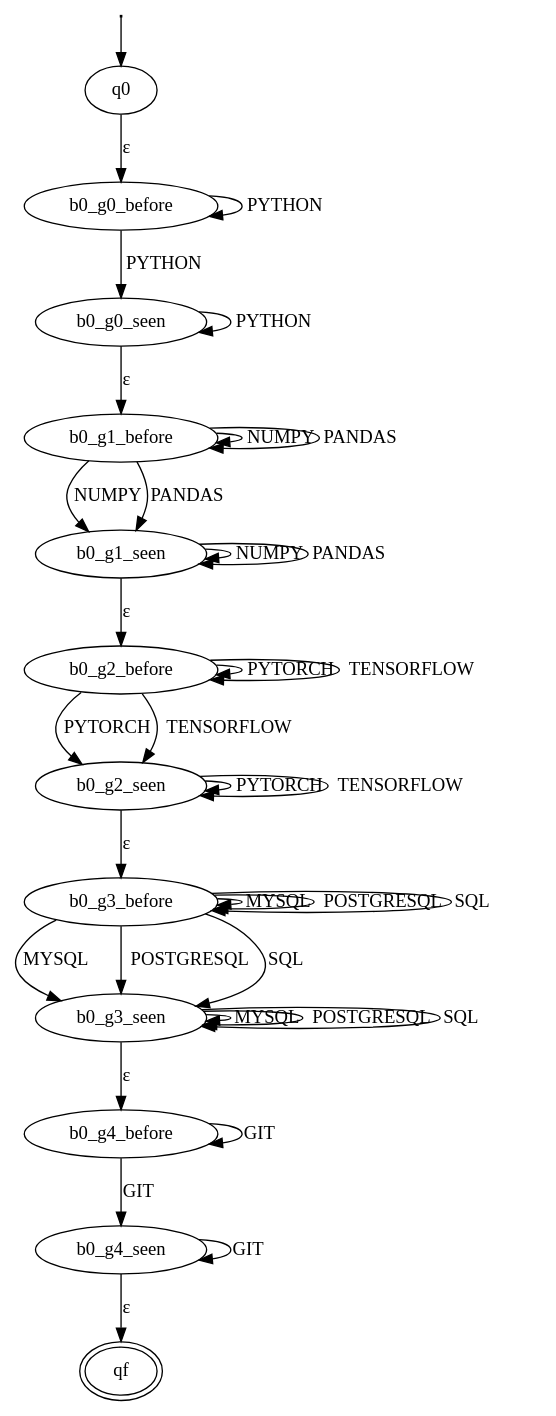
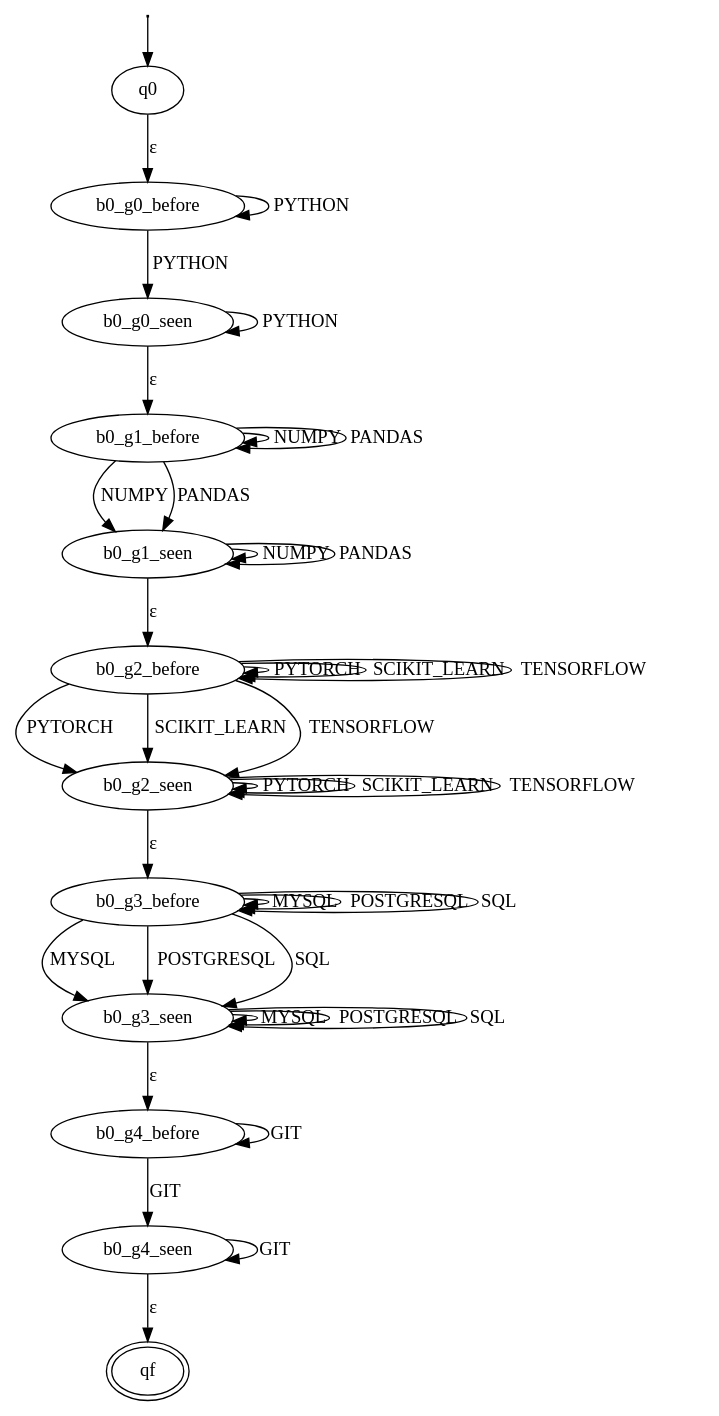
Before and after one commit to ValentinaM31/IntegrativeTask1_ResumeLens: the diagram in docs/automata/MACHINE_LEARNING_ENGINEER.dot, drawn with Graphviz. The commit also changed 59 other files, not shown here.

```diff
--- a/docs/automata/MACHINE_LEARNING_ENGINEER.dot
+++ b/docs/automata/MACHINE_LEARNING_ENGINEER.dot
@@ -1,49 +1,52 @@
 digraph {
-qf [is_start=False, is_final=True, peripheries=2, label=qf];
-b0_g0_before [is_start=False, is_final=False, peripheries=1, label="b0_g0_before"];
-b0_g3_seen [is_start=False, is_final=False, peripheries=1, label="b0_g3_seen"];
-b0_g1_seen [is_start=False, is_final=False, peripheries=1, label="b0_g1_seen"];
-b0_g4_before [is_start=False, is_final=False, peripheries=1, label="b0_g4_before"];
-b0_g2_seen [is_start=False, is_final=False, peripheries=1, label="b0_g2_seen"];
 b0_g2_before [is_start=False, is_final=False, peripheries=1, label="b0_g2_before"];
 b0_g3_before [is_start=False, is_final=False, peripheries=1, label="b0_g3_before"];
-b0_g1_before [is_start=False, is_final=False, peripheries=1, label="b0_g1_before"];
+b0_g4_seen [is_start=False, is_final=False, peripheries=1, label="b0_g4_seen"];
 b0_g0_seen [is_start=False, is_final=False, peripheries=1, label="b0_g0_seen"];
+b0_g3_seen [is_start=False, is_final=False, peripheries=1, label="b0_g3_seen"];
+b0_g0_before [is_start=False, is_final=False, peripheries=1, label="b0_g0_before"];
+b0_g1_seen [is_start=False, is_final=False, peripheries=1, label="b0_g1_seen"];
+qf [is_start=False, is_final=True, peripheries=2, label=qf];
+b0_g2_seen [is_start=False, is_final=False, peripheries=1, label="b0_g2_seen"];
 q0 [is_start=True, is_final=False, peripheries=1, label=q0];
 starting_q0 [label="", shape=None, height=0.0, width=0.0];
-b0_g4_seen [is_start=False, is_final=False, peripheries=1, label="b0_g4_seen"];
-b0_g0_before -> b0_g0_before [key=0, label=PYTHON];
-b0_g0_before -> b0_g0_seen [key=0, label=PYTHON];
-b0_g3_seen -> b0_g3_seen [key=0, label=MYSQL];
-b0_g3_seen -> b0_g3_seen [key=1, label=POSTGRESQL];
-b0_g3_seen -> b0_g3_seen [key=2, label=SQL];
-b0_g3_seen -> b0_g4_before [key=0, label=ɛ];
-b0_g1_seen -> b0_g1_seen [key=0, label=NUMPY];
-b0_g1_seen -> b0_g1_seen [key=1, label=PANDAS];
-b0_g1_seen -> b0_g2_before [key=0, label=ɛ];
-b0_g4_before -> b0_g4_before [key=0, label=GIT];
-b0_g4_before -> b0_g4_seen [key=0, label=GIT];
-b0_g2_seen -> b0_g2_seen [key=0, label=PYTORCH];
-b0_g2_seen -> b0_g2_seen [key=1, label=TENSORFLOW];
-b0_g2_seen -> b0_g3_before [key=0, label=ɛ];
+b0_g4_before [is_start=False, is_final=False, peripheries=1, label="b0_g4_before"];
+b0_g1_before [is_start=False, is_final=False, peripheries=1, label="b0_g1_before"];
 b0_g2_before -> b0_g2_seen [key=0, label=PYTORCH];
-b0_g2_before -> b0_g2_seen [key=1, label=TENSORFLOW];
+b0_g2_before -> b0_g2_seen [key=1, label="SCIKIT_LEARN"];
+b0_g2_before -> b0_g2_seen [key=2, label=TENSORFLOW];
 b0_g2_before -> b0_g2_before [key=0, label=PYTORCH];
-b0_g2_before -> b0_g2_before [key=1, label=TENSORFLOW];
+b0_g2_before -> b0_g2_before [key=1, label="SCIKIT_LEARN"];
+b0_g2_before -> b0_g2_before [key=2, label=TENSORFLOW];
 b0_g3_before -> b0_g3_before [key=0, label=MYSQL];
 b0_g3_before -> b0_g3_before [key=1, label=POSTGRESQL];
 b0_g3_before -> b0_g3_before [key=2, label=SQL];
 b0_g3_before -> b0_g3_seen [key=0, label=MYSQL];
 b0_g3_before -> b0_g3_seen [key=1, label=POSTGRESQL];
 b0_g3_before -> b0_g3_seen [key=2, label=SQL];
+b0_g4_seen -> b0_g4_seen [key=0, label=GIT];
+b0_g4_seen -> qf [key=0, label=ɛ];
+b0_g0_seen -> b0_g0_seen [key=0, label=PYTHON];
+b0_g0_seen -> b0_g1_before [key=0, label=ɛ];
+b0_g3_seen -> b0_g3_seen [key=0, label=MYSQL];
+b0_g3_seen -> b0_g3_seen [key=1, label=POSTGRESQL];
+b0_g3_seen -> b0_g3_seen [key=2, label=SQL];
+b0_g3_seen -> b0_g4_before [key=0, label=ɛ];
+b0_g0_before -> b0_g0_seen [key=0, label=PYTHON];
+b0_g0_before -> b0_g0_before [key=0, label=PYTHON];
+b0_g1_seen -> b0_g1_seen [key=0, label=NUMPY];
+b0_g1_seen -> b0_g1_seen [key=1, label=PANDAS];
+b0_g1_seen -> b0_g2_before [key=0, label=ɛ];
+b0_g2_seen -> b0_g2_seen [key=0, label=PYTORCH];
+b0_g2_seen -> b0_g2_seen [key=1, label="SCIKIT_LEARN"];
+b0_g2_seen -> b0_g2_seen [key=2, label=TENSORFLOW];
+b0_g2_seen -> b0_g3_before [key=0, label=ɛ];
+q0 -> b0_g0_before [key=0, label=ɛ];
+starting_q0 -> q0 [key=0];
+b0_g4_before -> b0_g4_seen [key=0, label=GIT];
+b0_g4_before -> b0_g4_before [key=0, label=GIT];
+b0_g1_before -> b0_g1_before [key=0, label=NUMPY];
+b0_g1_before -> b0_g1_before [key=1, label=PANDAS];
 b0_g1_before -> b0_g1_seen [key=0, label=NUMPY];
 b0_g1_before -> b0_g1_seen [key=1, label=PANDAS];
-b0_g1_before -> b0_g1_before [key=0, label=NUMPY];
-b0_g1_before -> b0_g1_before [key=1, label=PANDAS];
-b0_g0_seen -> b0_g0_seen [key=0, label=PYTHON];
-b0_g0_seen -> b0_g1_before [key=0, label=ɛ];
-q0 -> b0_g0_before [key=0, label=ɛ];
-starting_q0 -> q0 [key=0];
-b0_g4_seen -> b0_g4_seen [key=0, label=GIT];
-b0_g4_seen -> qf [key=0, label=ɛ];
 }
```
